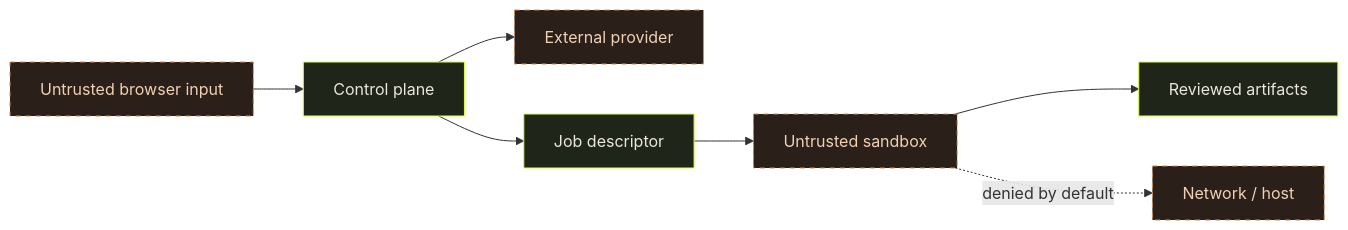
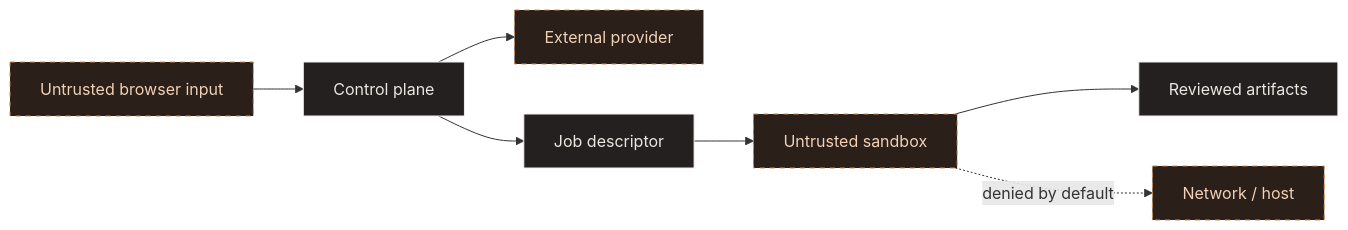
The diagram in docs/security-model.md (shellcat-com/forge-ai), drawn with Mermaid before and after one commit. The commit also changed other lines of this file and 89 other files, not shown here.

````diff
--- a/docs/security-model.md
+++ b/docs/security-model.md
@@ -19,14 +19,14 @@
 ```mermaid
 flowchart LR
   U[Untrusted browser input] --> C[Control plane]
   C --> P[External provider]
   C --> Q[Job descriptor]
   Q --> S[Untrusted sandbox]
   S --> O[Reviewed artifacts]
   S -. denied by default .-> N[Network / host]
 
-  classDef trusted fill:#20251a,color:#e9e7e0,stroke:#d7ff46
+  classDef trusted fill:#252020,color:#e9e7e0,stroke:#f1eeee
   classDef untrusted fill:#2a1f19,color:#f1d1b6,stroke:#d08c55,stroke-dasharray:5 5
   class C,Q,O trusted
   class U,P,S,N untrusted
 ```
````
